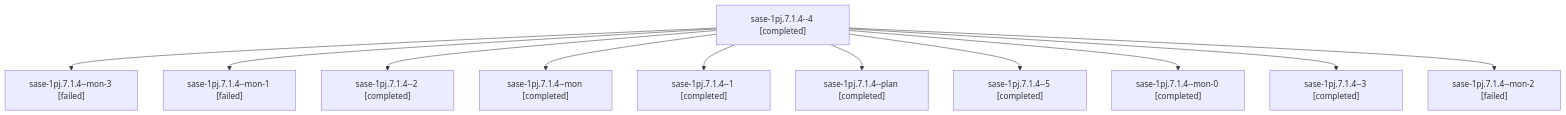
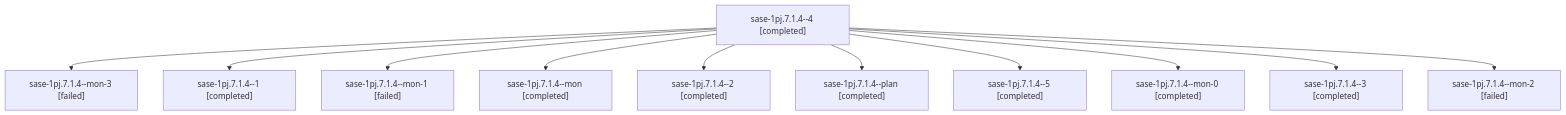
Before and after one commit to sase-org/sase--agents: the diagram in sessions/bbugyi200.athena.sase-1pj.7.1.4.md, drawn with Mermaid. The commit also changed other lines of this file and 25 other files, not shown here.

````diff
--- a/sessions/bbugyi200.athena.sase-1pj.7.1.4.md
+++ b/sessions/bbugyi200.athena.sase-1pj.7.1.4.md
@@ -9,24 +9,24 @@
 ```mermaid
 flowchart TD
   n0["sase-1pj.7.1.4--4 [completed]"]
   n1["sase-1pj.7.1.4--mon-3 [failed]"]
   n0 --> n1
-  n2["sase-1pj.7.1.4--mon-1 [failed]"]
+  n2["sase-1pj.7.1.4--1 [completed]"]
   n0 --> n2
-  n3["sase-1pj.7.1.4--2 [completed]"]
+  n3["sase-1pj.7.1.4--mon-1 [failed]"]
   n0 --> n3
   n4["sase-1pj.7.1.4--mon [completed]"]
   n0 --> n4
-  n5["sase-1pj.7.1.4--1 [completed]"]
+  n5["sase-1pj.7.1.4--2 [completed]"]
   n0 --> n5
   n6["sase-1pj.7.1.4--plan [completed]"]
   n0 --> n6
   n7["sase-1pj.7.1.4--5 [completed]"]
   n0 --> n7
   n8["sase-1pj.7.1.4--mon-0 [completed]"]
   n0 --> n8
   n9["sase-1pj.7.1.4--3 [completed]"]
   n0 --> n9
   n10["sase-1pj.7.1.4--mon-2 [failed]"]
   n0 --> n10
 ```
````
